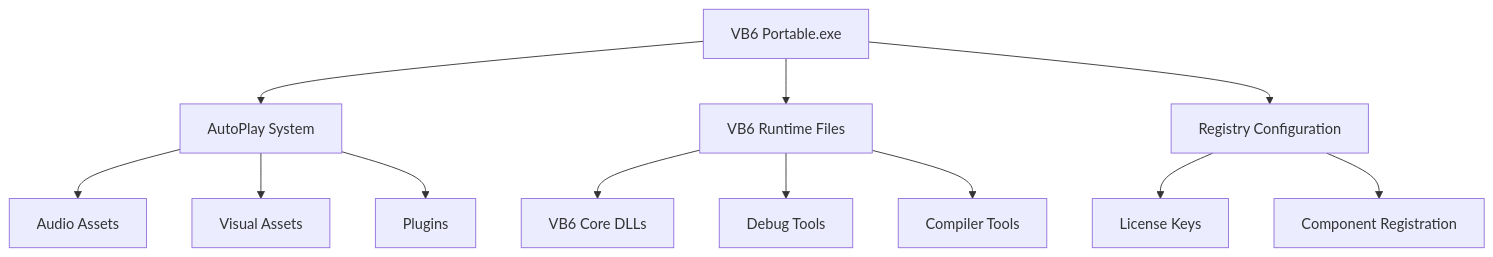
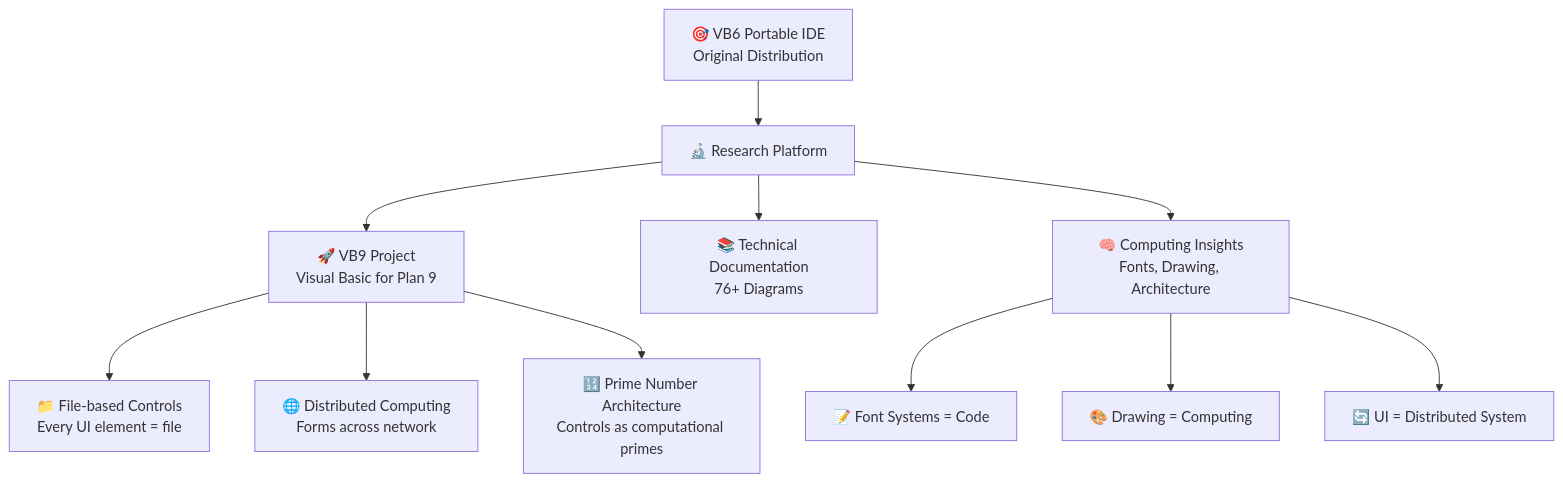
The first of 2 diagrams in README.md (K-Oz/VB6-portable-IDE-exp), drawn with Mermaid before and after one commit. The commit also changed other lines of this file and 3 other files, not shown here.

Commit message:
Major documentation update reflecting VB6→VB9 evolution and research discoveries

````diff
--- a/README.md
+++ b/README.md
@@ -27,17 +60,15 @@
 ```mermaid
 graph TB
-    A[VB6 Portable.exe] --> B[AutoPlay System]
-    A --> C[VB6 Runtime Files]
-    A --> D[Registry Configuration]
+    A["🎯 VB6 Portable IDE<br/>Original Distribution"] --> B["🔬 Research Platform"]
+    B --> C["🚀 VB9 Project<br/>Visual Basic for Plan 9"]
+    B --> D["📚 Technical Documentation<br/>76+ Diagrams"]
+    B --> E["🧠 Computing Insights<br/>Fonts, Drawing, Architecture"]
     
-    B --> E[Audio Assets]
-    B --> F[Visual Assets]
-    B --> G[Plugins]
+    C --> F["📁 File-based Controls<br/>Every UI element = file"]
+    C --> G["🌐 Distributed Computing<br/>Forms across network"]  
+    C --> H["🔢 Prime Number Architecture<br/>Controls as computational primes"]
     
-    C --> H[VB6 Core DLLs]
-    C --> I[Debug Tools]
-    C --> J[Compiler Tools]
-    
-    D --> K[License Keys]
-    D --> L[Component Registration]
+    E --> I["📝 Font Systems = Code"]
+    E --> J["🎨 Drawing = Computing"]
+    E --> K["🔄 UI = Distributed System"]
 ```
````
